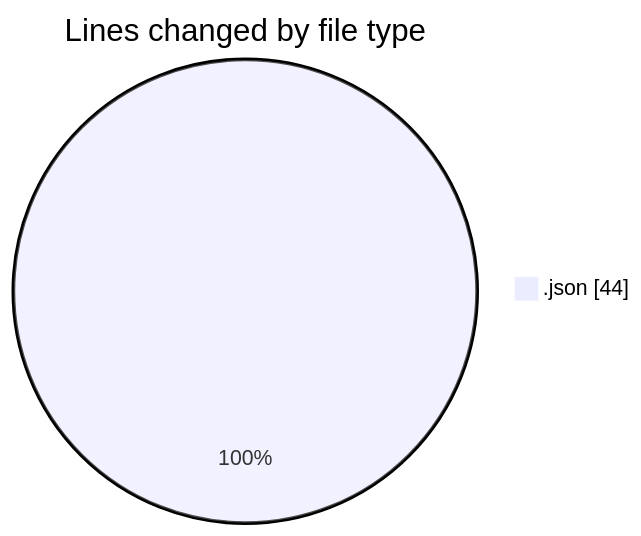
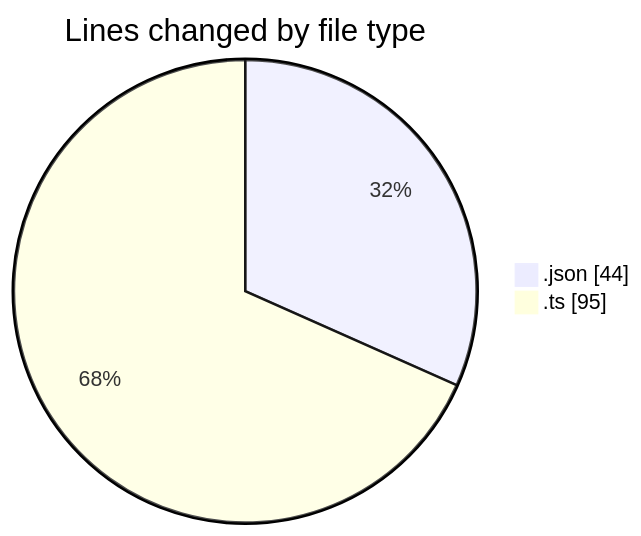
One commit to julien-gomy/code-tracking changed the first of 2 diagrams in 2025-10-24/eventscop-frontend-guide__workspace_/README.md. Above: the diagram before and after it, drawn with Mermaid. The commit also changed other lines of this file and 1 other file, not shown here.

````diff
--- a/2025-10-24/eventscop-frontend-guide__workspace_/README.md
+++ b/2025-10-24/eventscop-frontend-guide__workspace_/README.md
@@ -20,5 +21,6 @@
 ```mermaid
 pie showData
 title Lines changed by file type
 ".json" : 44
+".ts" : 95
 ```
````
